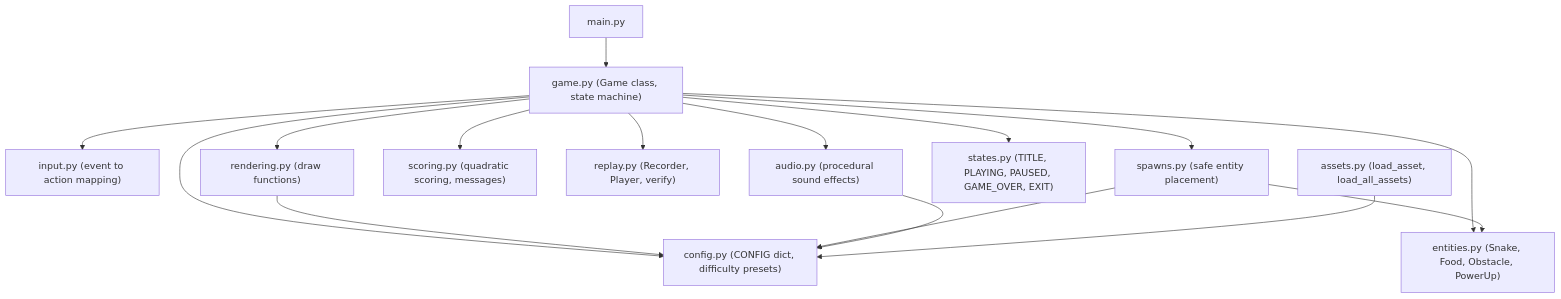
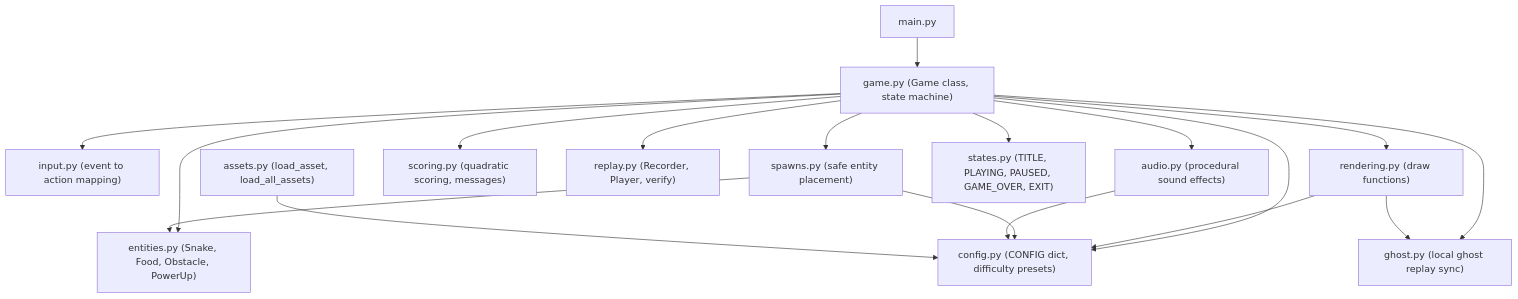
The first of 4 diagrams in ARCHITECTURE.md (sparshsam/hisstastic), drawn with Mermaid before and after one commit. The commit also changed other lines of this file and 11 other files, not shown here.

Commit message:
Document ghost replay and git safety policy

````diff
--- a/ARCHITECTURE.md
+++ b/ARCHITECTURE.md
@@ -11,18 +11,20 @@
 ```mermaid
 graph TD
     main["main.py"] --> game["game.py (Game class, state machine)"]
     game --> config["config.py (CONFIG dict, difficulty presets)"]
     game --> entities["entities.py (Snake, Food, Obstacle, PowerUp)"]
     game --> input["input.py (event to action mapping)"]
     game --> rendering["rendering.py (draw functions)"]
     game --> spawns["spawns.py (safe entity placement)"]
     game --> scoring["scoring.py (quadratic scoring, messages)"]
     game --> replay["replay.py (Recorder, Player, verify)"]
+    game --> ghost["ghost.py (local ghost replay sync)"]
     game --> audio["audio.py (procedural sound effects)"]
     game --> states["states.py (TITLE, PLAYING, PAUSED, GAME_OVER, EXIT)"]
     rendering --> config
+    rendering --> ghost
     spawns --> config
     spawns --> entities
     audio --> config
     assets["assets.py (load_asset, load_all_assets)"] --> config
 ```
````
